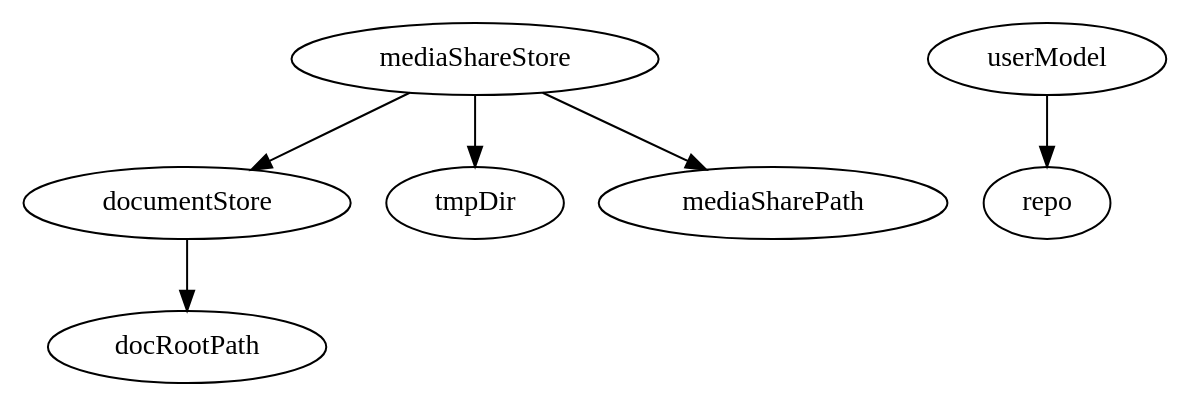
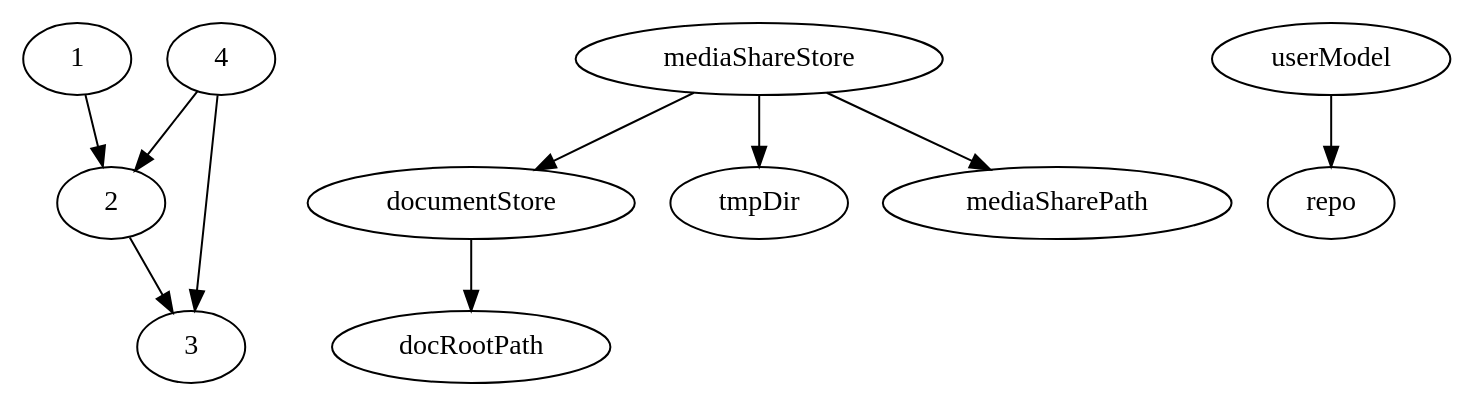
Before and after one commit to winsuntech/fruitmix: the diagram in graph.dot, drawn with Graphviz. The commit also changed 6 other files, not shown here.

```diff
--- a/graph.dot
+++ b/graph.dot
@@ -1,7 +1,11 @@
 digraph G {
+  1 -> 2;
+  2 -> 3;
+  4 -> 2;
+  4 -> 3;
   documentStore -> docRootPath;
   mediaShareStore -> tmpDir;
   mediaShareStore -> mediaSharePath;
   mediaShareStore -> documentStore;
   userModel -> repo;
 }
```
